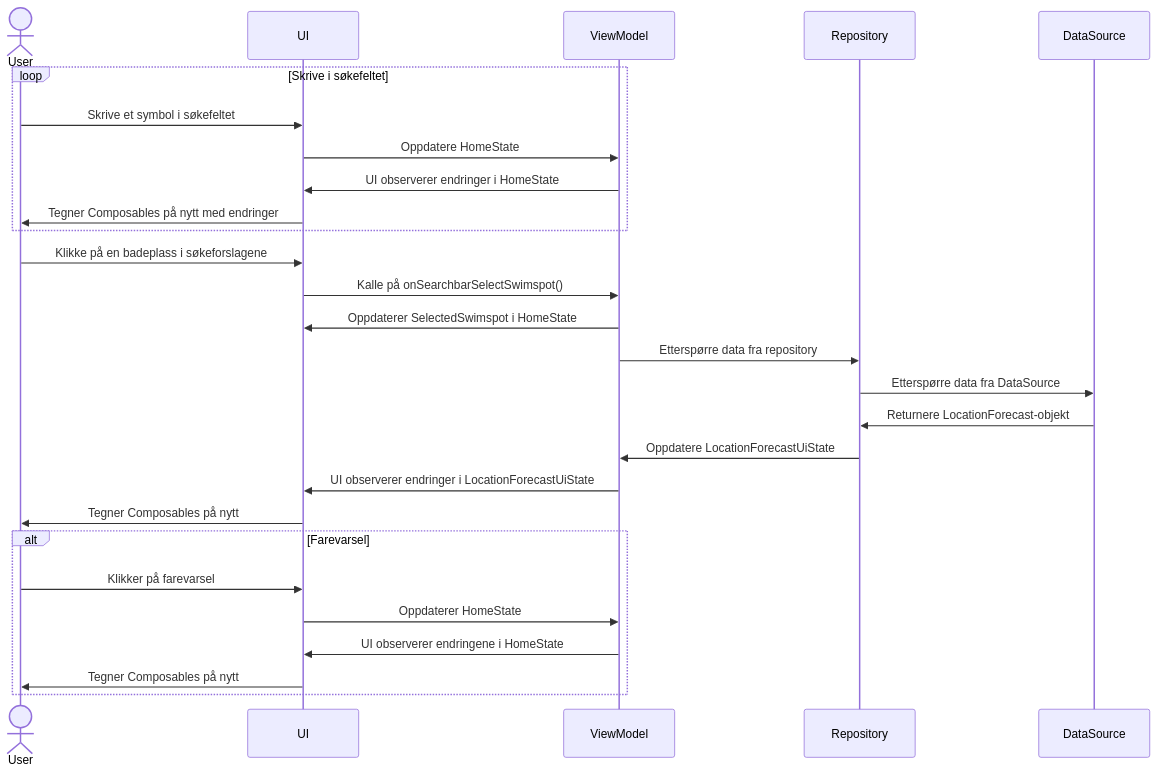
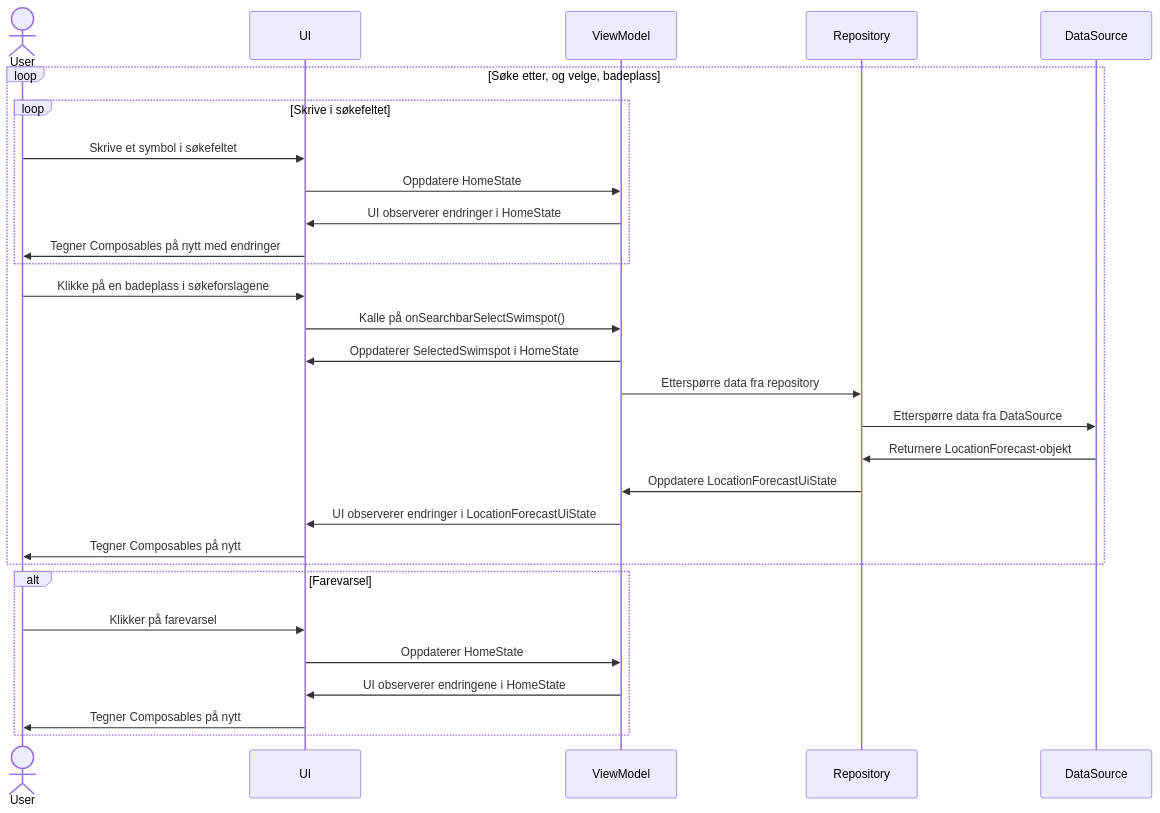
Before and after one commit to priyanshuaroraa1/Android-studio-sysdev: the second of 3 diagrams in MODELING.md, drawn with Mermaid.

````diff
--- a/MODELING.md
+++ b/MODELING.md
@@ -76,32 +76,32 @@
 ```mermaid
 sequenceDiagram
     actor User
     participant UI
     participant ViewModel
     participant Repository
     participant DataSource 
 
-    
+    loop Søke etter, og velge, badeplass
     loop Skrive i søkefeltet
     User->> UI: Skrive et symbol i søkefeltet
     UI  ->> ViewModel: Oppdatere HomeState
     ViewModel->>UI: UI observerer endringer i HomeState
     UI->>User: Tegner Composables på nytt med endringer
     end
     User->>UI: Klikke på en badeplass i søkeforslagene
     UI->>ViewModel: Kalle på onSearchbarSelectSwimspot()
     ViewModel->>UI: Oppdaterer SelectedSwimspot i HomeState
     ViewModel->>Repository: Etterspørre data fra repository
     Repository->>DataSource: Etterspørre data fra DataSource
     DataSource->>Repository: Returnere LocationForecast-objekt
     Repository->>ViewModel: Oppdatere LocationForecastUiState
     ViewModel->>UI: UI observerer endringer i LocationForecastUiState
     UI->>User: Tegner Composables på nytt
+    end
     alt Farevarsel
     User->>UI: Klikker på farevarsel
     UI->>ViewModel: Oppdaterer HomeState
     ViewModel->>UI: UI observerer endringene i HomeState
     UI->>User: Tegner Composables på nytt
     end
-
 ```
````
